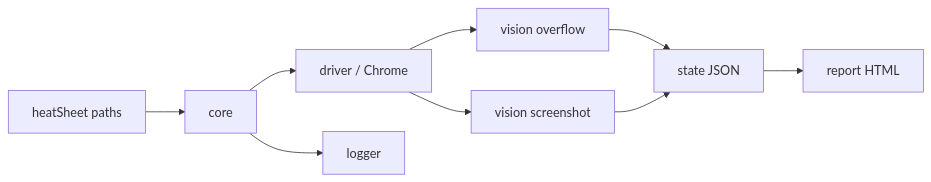
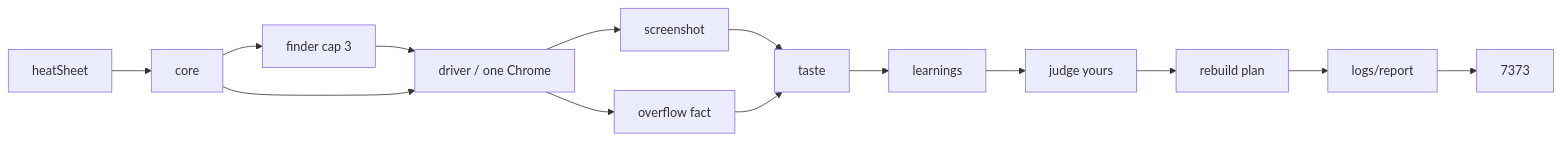
One commit to atireksd11/fresp-ai-tester changed the diagram in README.md. Above: the diagram before and after it, drawn with Mermaid. The commit also changed other lines of this file and 7 other files, not shown here.

Commit message:
docs catch up to what actually shipped today. architecture and vision were still saying ai wasnt wired and the report was one html file. readme tells you this git is ahead of npm 0.1.4. day 2 journal is in docs/journal.

````diff
--- a/README.md
+++ b/README.md
@@ -102,11 +83,16 @@
 ```mermaid
 flowchart LR
-  A[heatSheet paths] --> B[core]
-  B --> C[driver / Chrome]
-  C --> D[vision screenshot]
-  C --> E[vision overflow]
-  E --> F[state JSON]
-  D --> F
-  F --> G[report HTML]
-  B --> H[logger]
+  A[heatSheet] --> B[core]
+  B --> F[finder cap 3]
+  F --> C[driver / one Chrome]
+  B --> C
+  C --> D[screenshot]
+  C --> E[overflow fact]
+  D --> T[taste]
+  E --> T
+  T --> L[learnings]
+  L --> Y[judge yours]
+  Y --> P[rebuild plan]
+  P --> R[logs/report]
+  R --> S[7373]
 ```
````
